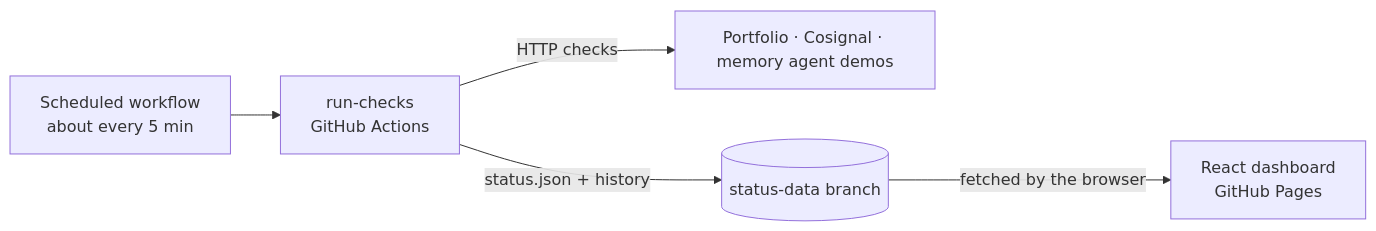
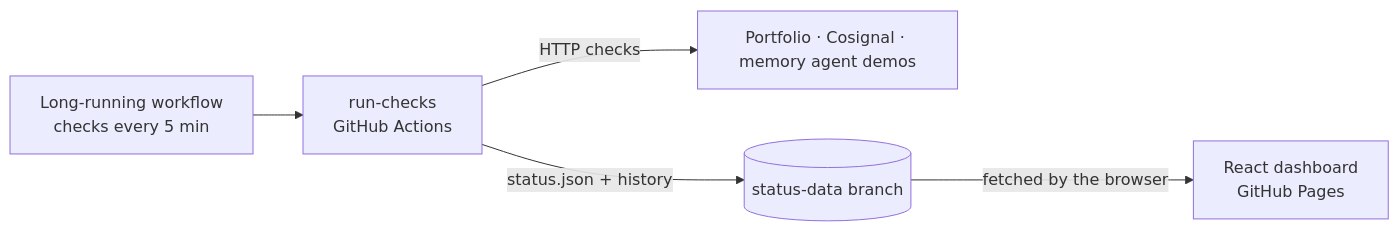
Before and after one commit to naveditachaudhary-pixel/pulsetide: the first of 2 diagrams in README.md, drawn with Mermaid. The commit also changed other lines of this file and 1 other file, not shown here.

Commit message:
Checks: loop for 5.5 hours per run instead of relying on a 5-minute schedule

````diff
--- a/README.md
+++ b/README.md
@@ -29,7 +29,7 @@
 ```mermaid
 flowchart LR
-    T[Scheduled workflow<br/>about every 5 min] --> R[run-checks<br/>GitHub Actions]
+    T[Long-running workflow<br/>checks every 5 min] --> R[run-checks<br/>GitHub Actions]
     R -->|HTTP checks| S[Portfolio · Cosignal · memory agent demos]
     R -->|status.json + history| B[(status-data branch)]
     B -->|fetched by the browser| W[React dashboard<br/>GitHub Pages]
 ```
````
